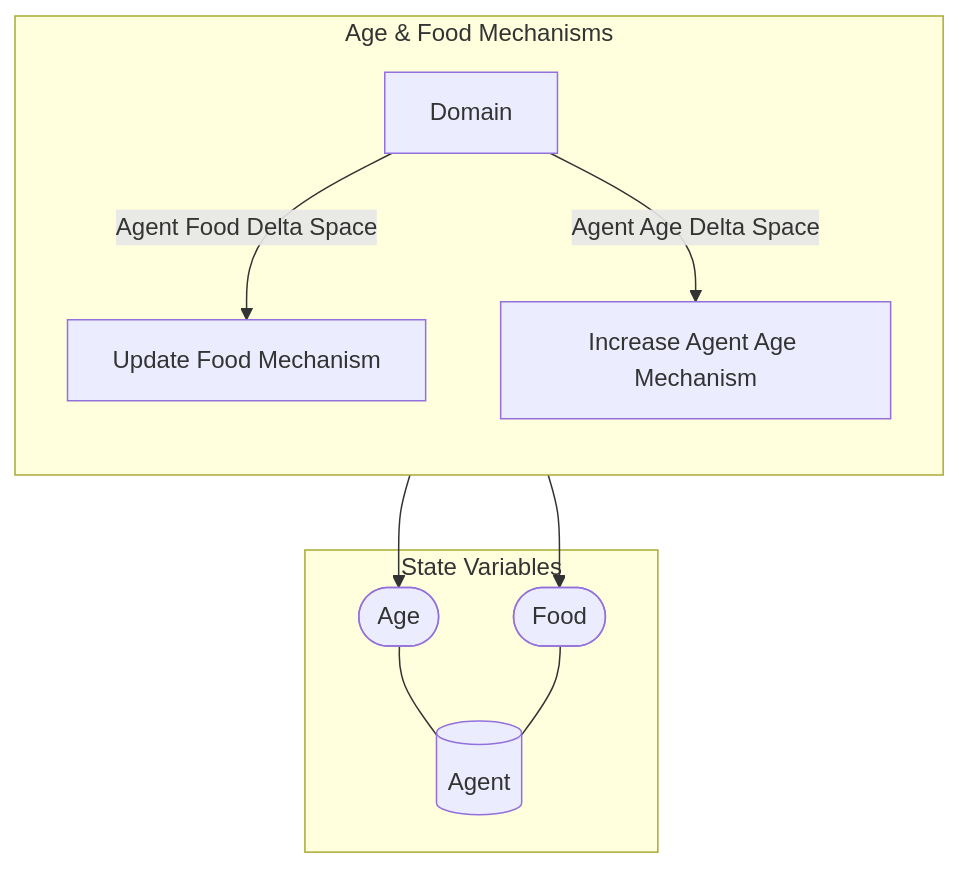
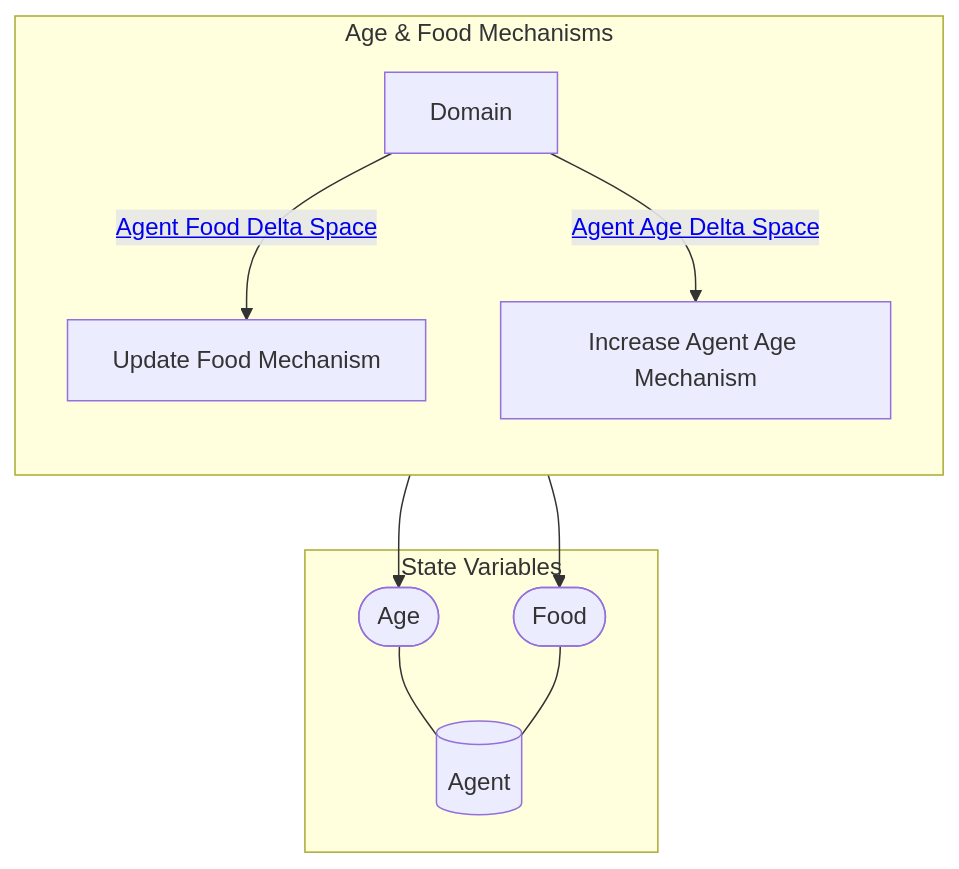
Before and after one commit to BlockScience/Predator-Prey-MSML: the second of 2 diagrams in reports/obsidian/Wiring/Age & Food Mechanisms.md, drawn with Mermaid. The commit also changed other lines of this file and 48 other files, not shown here.

````diff
--- a/reports/obsidian/Wiring/Age & Food Mechanisms.md
+++ b/reports/obsidian/Wiring/Age & Food Mechanisms.md
@@ -37,30 +37,30 @@
 ```mermaid
 graph TB
 
 subgraph SVS["State Variables"]
 EE0[("Agent")]
 EES0(["Age"])
 EES0 --- EE0
 EES1(["Food"])
 EES1 --- EE0
 end
 
 subgraph X5["Age & Food Mechanisms"]
 direction TB
 X1["Update Food Mechanism"]
 X1 --> EES1
 X2["Increase Agent Age Mechanism"]
 X2 --> EES0
 X3[Domain]
 
 direction LR
 direction TB
-X3 --"Agent Food Delta Space"--> X1
-X3 --"Agent Age Delta Space"--> X2
+X3 --"<a href='Agent Food Delta Space' class=internal-link>Agent Food Delta Space</a>"--> X1
+X3 --"<a href='Agent Age Delta Space' class=internal-link>Agent Age Delta Space</a>"--> X2
 end
 class X1 internal-link;
 class X2 internal-link;
 class X4 internal-link;
 class EE0 internal-link;
 
 ```
````
